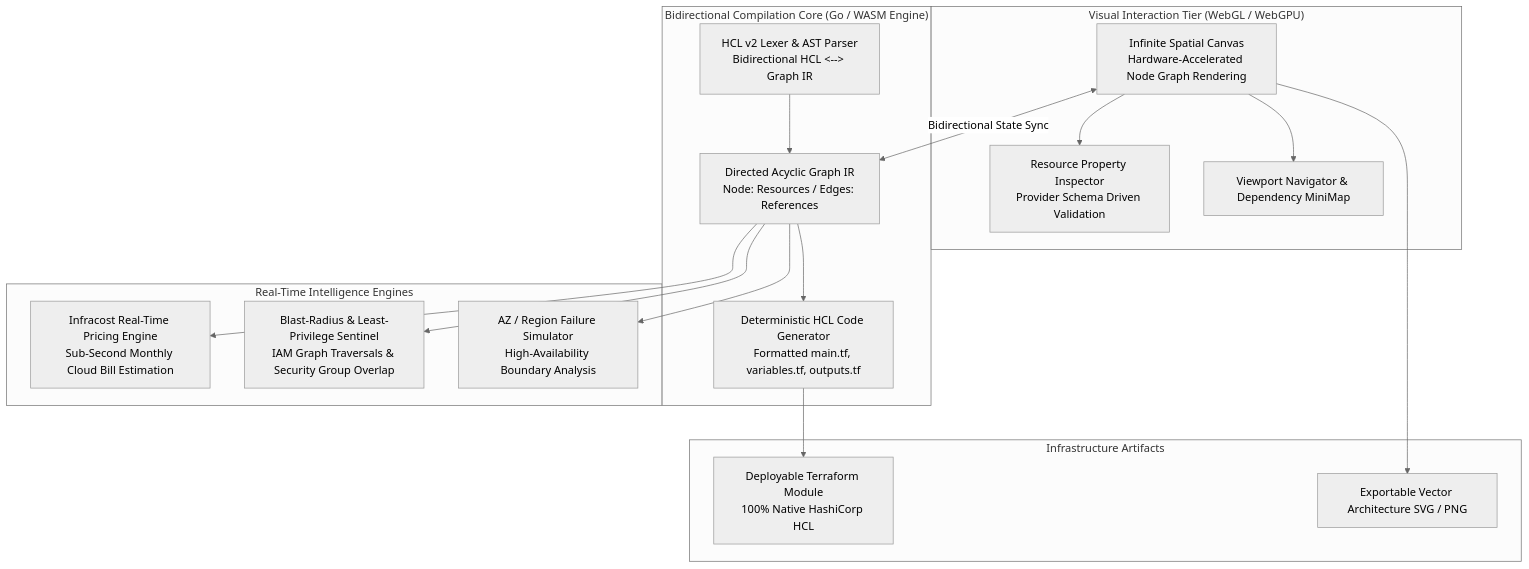
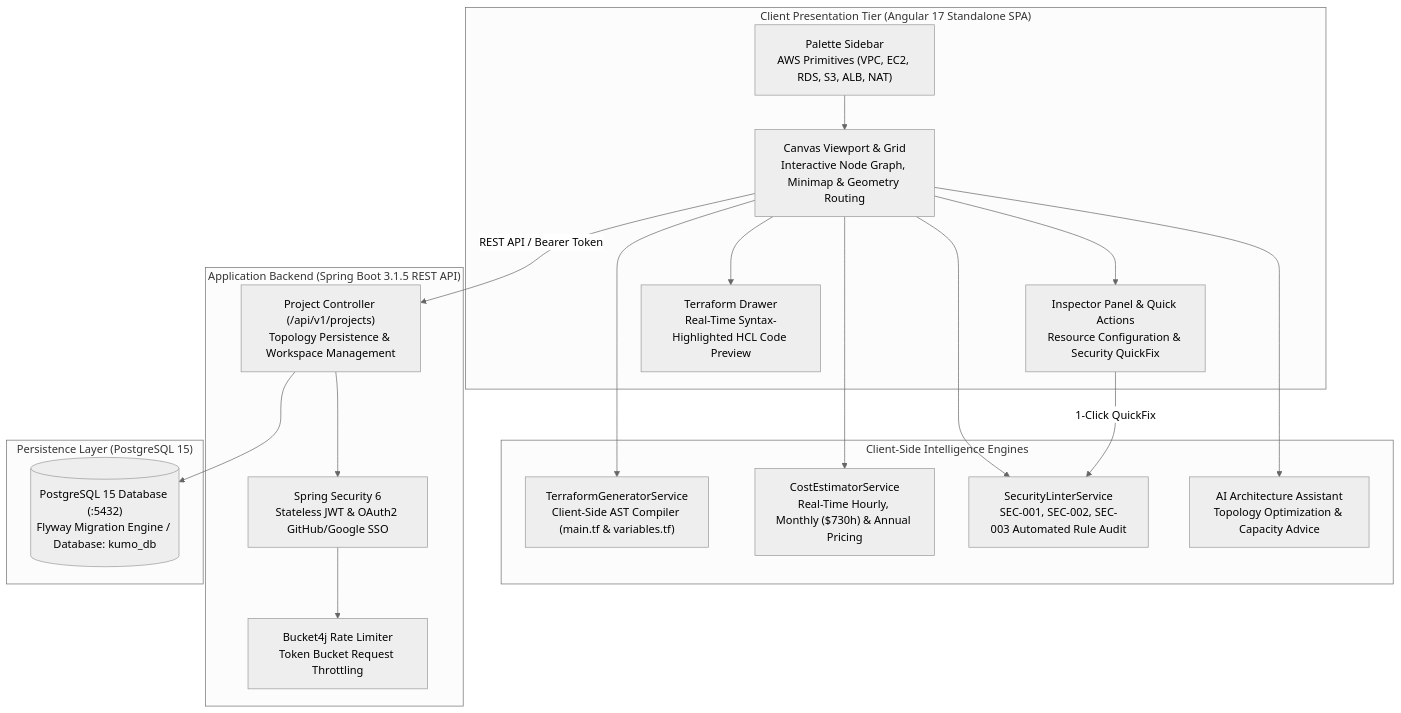
The diagram in README.md (tanmayythakare/kumo), drawn with Mermaid (neutral theme) before and after one commit. The commit also changed other lines of this file and 1 other file, not shown here.

Commit message:
docs: ground Kumo architecture in real codebase with centered logo, security linter, and active dev roadmap

````diff
--- a/README.md
+++ b/README.md
@@ -49,36 +53,39 @@
 ```mermaid
 flowchart TD
-    subgraph CanvasLayer ["Visual Interaction Tier (WebGL / WebGPU)"]
-        Canvas["Infinite Spatial Canvas<br/>Hardware-Accelerated Node Graph Rendering"]
-        Inspector["Resource Property Inspector<br/>Provider Schema Driven Validation"]
-        MiniMap["Viewport Navigator & Dependency MiniMap"]
-        Canvas --> Inspector
-        Canvas --> MiniMap
+    subgraph PresentationTier ["Client Presentation Tier (Angular 17 Standalone SPA)"]
+        Canvas["Canvas Viewport & Grid<br/>Interactive Node Graph, Minimap & Geometry Routing"]
+        Palette["Palette Sidebar<br/>AWS Primitives (VPC, EC2, RDS, S3, ALB, NAT)"]
+        Inspector["Inspector Panel & Quick Actions<br/>Resource Configuration & Security QuickFix"]
+        Drawer["Terraform Drawer<br/>Real-Time Syntax-Highlighted HCL Code Preview"]
     end
 
-    subgraph CompilerLayer ["Bidirectional Compilation Core (Go / WASM Engine)"]
-        Parser["HCL v2 Lexer & AST Parser<br/>Bidirectional HCL <--> Graph IR"]
-        GraphIR["Directed Acyclic Graph IR<br/>Node: Resources / Edges: References"]
-        CodeGen["Deterministic HCL Code Generator<br/>Formatted main.tf, variables.tf, outputs.tf"]
-        Parser --> GraphIR
-        GraphIR --> CodeGen
+    subgraph ClientIntelligence ["Client-Side Intelligence Engines"]
+        HCLGen["TerraformGeneratorService<br/>Client-Side AST Compiler (main.tf & variables.tf)"]
+        CostEst["CostEstimatorService<br/>Real-Time Hourly, Monthly ($730h) & Annual Pricing"]
+        SecLint["SecurityLinterService<br/>SEC-001, SEC-002, SEC-003 Automated Rule Audit"]
+        AIAssist["AI Architecture Assistant<br/>Topology Optimization & Capacity Advice"]
     end
 
-    subgraph AnalyticalEngines ["Real-Time Intelligence Engines"]
-        CostEngine["Infracost Real-Time Pricing Engine<br/>Sub-Second Monthly Cloud Bill Estimation"]
-        SecurityEngine["Blast-Radius & Least-Privilege Sentinel<br/>IAM Graph Traversals & Security Group Overlap"]
-        FaultSim["AZ / Region Failure Simulator<br/>High-Availability Boundary Analysis"]
+    subgraph BackendGateway ["Application Backend (Spring Boot 3.1.5 REST API)"]
+        Sec["Spring Security 6<br/>Stateless JWT & OAuth2 GitHub/Google SSO"]
+        RateLimit["Bucket4j Rate Limiter<br/>Token Bucket Request Throttling"]
+        ProjectCtrl["Project Controller (/api/v1/projects)<br/>Topology Persistence & Workspace Management"]
     end
 
-    subgraph OutputArtifacts ["Infrastructure Artifacts"]
-        TFModule["Deployable Terraform Module<br/>100% Native HashiCorp HCL"]
-        ArchDiagram["Exportable Vector Architecture SVG / PNG"]
+    subgraph PersistenceTier ["Persistence Layer (PostgreSQL 15)"]
+        DB[("PostgreSQL 15 Database (:5432)<br/>Flyway Migration Engine / Database: kumo_db")]
     end
 
-    Canvas <-->|"Bidirectional State Sync"| GraphIR
-    GraphIR --> CostEngine
-    GraphIR --> SecurityEngine
-    GraphIR --> FaultSim
-    CodeGen --> TFModule
-    Canvas --> ArchDiagram
+    Palette --> Canvas
+    Canvas --> Inspector
+    Canvas --> Drawer
+    Canvas --> HCLGen
+    Canvas --> CostEst
+    Canvas --> SecLint
+    Canvas --> AIAssist
+    Inspector -->|"1-Click QuickFix"| SecLint
+    Canvas -->|"REST API / Bearer Token"| ProjectCtrl
+    ProjectCtrl --> Sec
+    Sec --> RateLimit
+    ProjectCtrl --> DB
 ```
````
